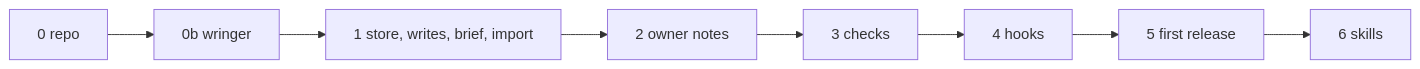
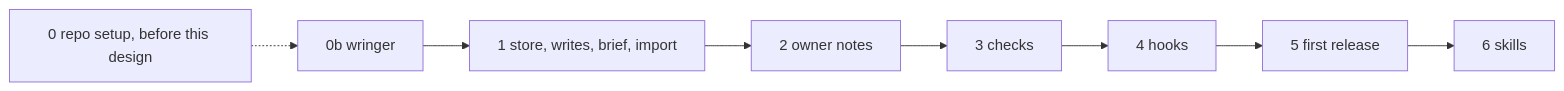
Before and after one commit to zgeoff/wherewerewe: the diagram in docs/design/wherewerewe/build-order.md, drawn with Mermaid. The commit also changed other lines of this file, not shown here.

Commit message:
docs: say why the build order lives in the design

````diff
--- a/docs/design/wherewerewe/build-order.md
+++ b/docs/design/wherewerewe/build-order.md
@@ -9,10 +9,10 @@
 ```mermaid
 flowchart LR
-  s0[0 repo] --> s0b[0b wringer]
+  s0[0 repo setup, before this design] -.-> s0b[0b wringer]
   s0b --> s1[1 store, writes, brief, import]
   s1 --> s2[2 owner notes]
   s2 --> s3[3 checks]
   s3 --> s4[4 hooks]
   s4 --> s5[5 first release]
   s5 --> s6[6 skills]
 ```
````
